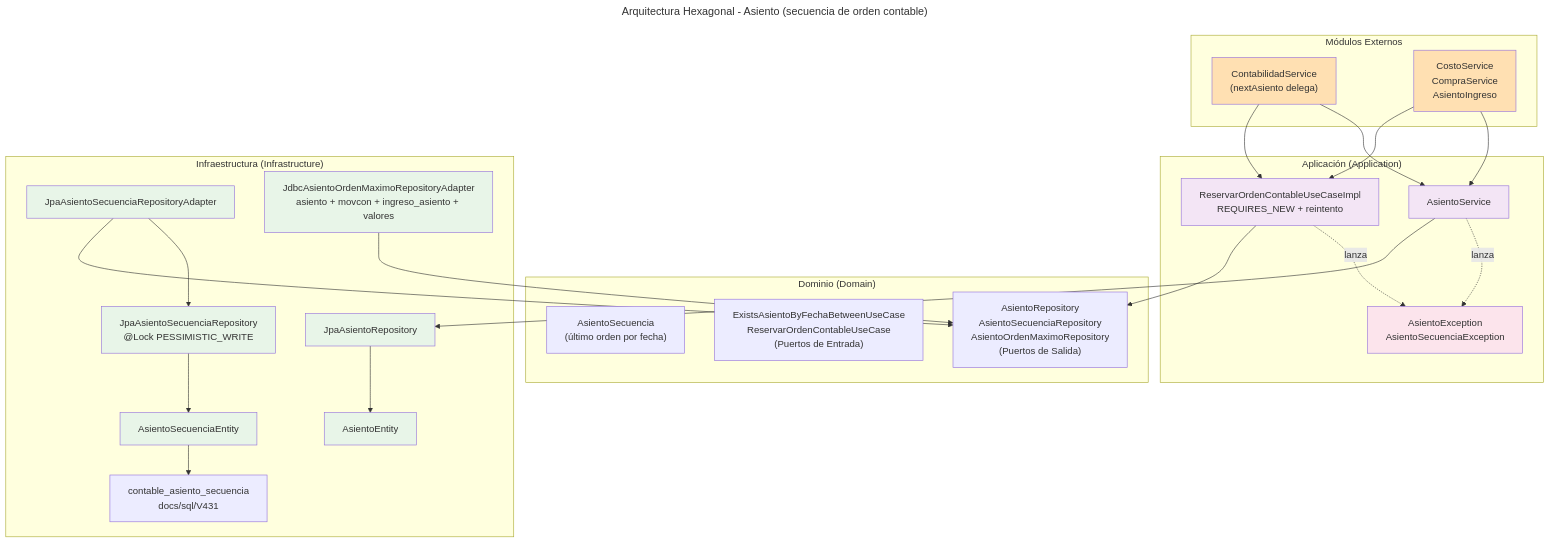
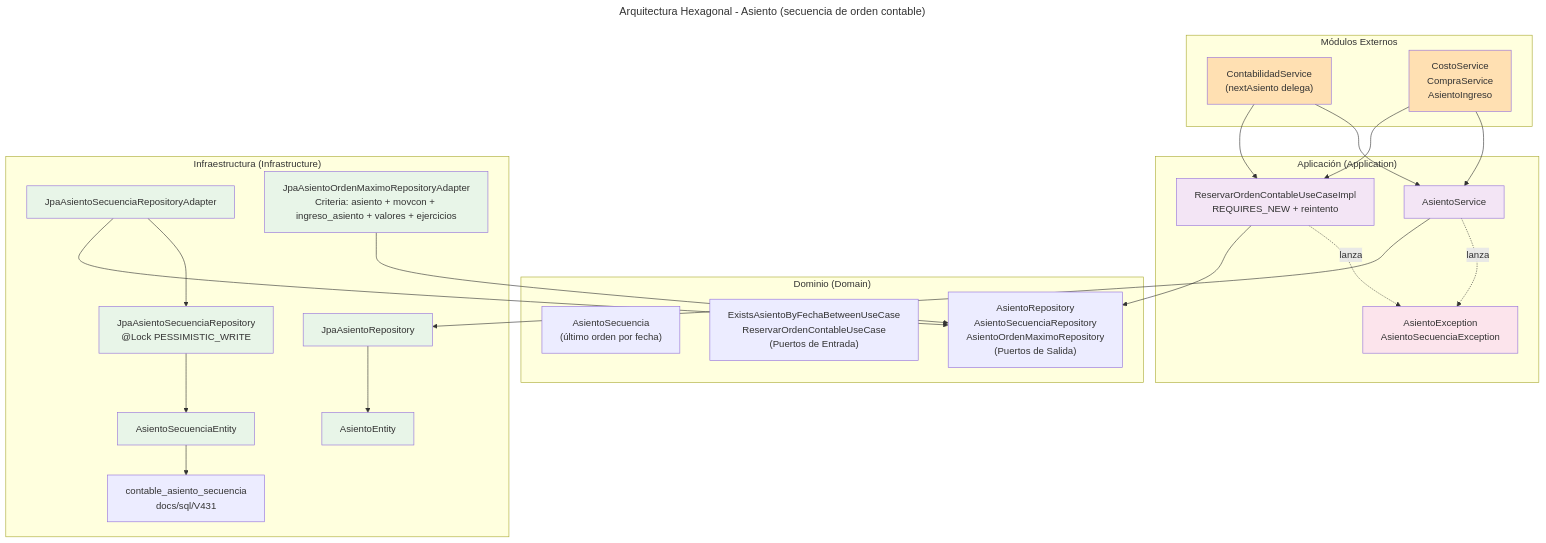
One commit to UM-services/UM.tesoreria.core-service changed the diagram in docs/hexagonal-asiento.mmd. Above: the diagram before and after it, drawn with Mermaid. The commit also changed 78 other files, not shown here.

First line of the commit message:
refactor(hexagonal): migrar adaptadores JDBC a JPA

```diff
--- a/docs/hexagonal-asiento.mmd
+++ b/docs/hexagonal-asiento.mmd
@@ -1,57 +1,57 @@
 ---
 title: Arquitectura Hexagonal - Asiento (secuencia de orden contable)
 ---
 flowchart TD
     subgraph Dominio ["Dominio (Domain)"]
         M["AsientoSecuencia<br/>(último orden por fecha)"]
         IN["ExistsAsientoByFechaBetweenUseCase<br/>ReservarOrdenContableUseCase<br/>(Puertos de Entrada)"]
         OUT["AsientoRepository<br/>AsientoSecuenciaRepository<br/>AsientoOrdenMaximoRepository<br/>(Puertos de Salida)"]
     end
 
     subgraph Aplicacion ["Aplicación (Application)"]
         S["AsientoService"]
         R["ReservarOrdenContableUseCaseImpl<br/>REQUIRES_NEW + reintento"]
         E["AsientoException<br/>AsientoSecuenciaException"]
     end
 
     subgraph Infraestructura ["Infraestructura (Infrastructure)"]
         Repo["JpaAsientoRepository"]
         Ent["AsientoEntity"]
         AdpSec["JpaAsientoSecuenciaRepositoryAdapter"]
         RepoSec["JpaAsientoSecuenciaRepository<br/>@Lock PESSIMISTIC_WRITE"]
         EntSec["AsientoSecuenciaEntity"]
-        Max["JdbcAsientoOrdenMaximoRepositoryAdapter<br/>asiento + movcon + ingreso_asiento + valores"]
+        Max["JpaAsientoOrdenMaximoRepositoryAdapter<br/>Criteria: asiento + movcon + ingreso_asiento + valores + ejercicios"]
         Tabla["contable_asiento_secuencia<br/>docs/sql/V431"]
     end
 
     subgraph Externa ["Módulos Externos"]
         CS["ContabilidadService<br/>(nextAsiento delega)"]
         CO["CostoService<br/>CompraService<br/>AsientoIngreso"]
     end
 
     CS --> R
     CO --> R
     CS --> S
     CO --> S
     R --> OUT
     S --> Repo
     Repo --> Ent
     AdpSec --> OUT
     AdpSec --> RepoSec
     RepoSec --> EntSec
     EntSec --> Tabla
     Max --> OUT
     S -.->|"lanza"| E
     R -.->|"lanza"| E
 
     style S fill:#f3e5f5
     style R fill:#f3e5f5
     style E fill:#fce4ec
     style CS fill:#ffe0b2
     style CO fill:#ffe0b2
     style Repo fill:#e8f5e8
     style Ent fill:#e8f5e8
     style AdpSec fill:#e8f5e8
     style RepoSec fill:#e8f5e8
     style EntSec fill:#e8f5e8
     style Max fill:#e8f5e8
```
